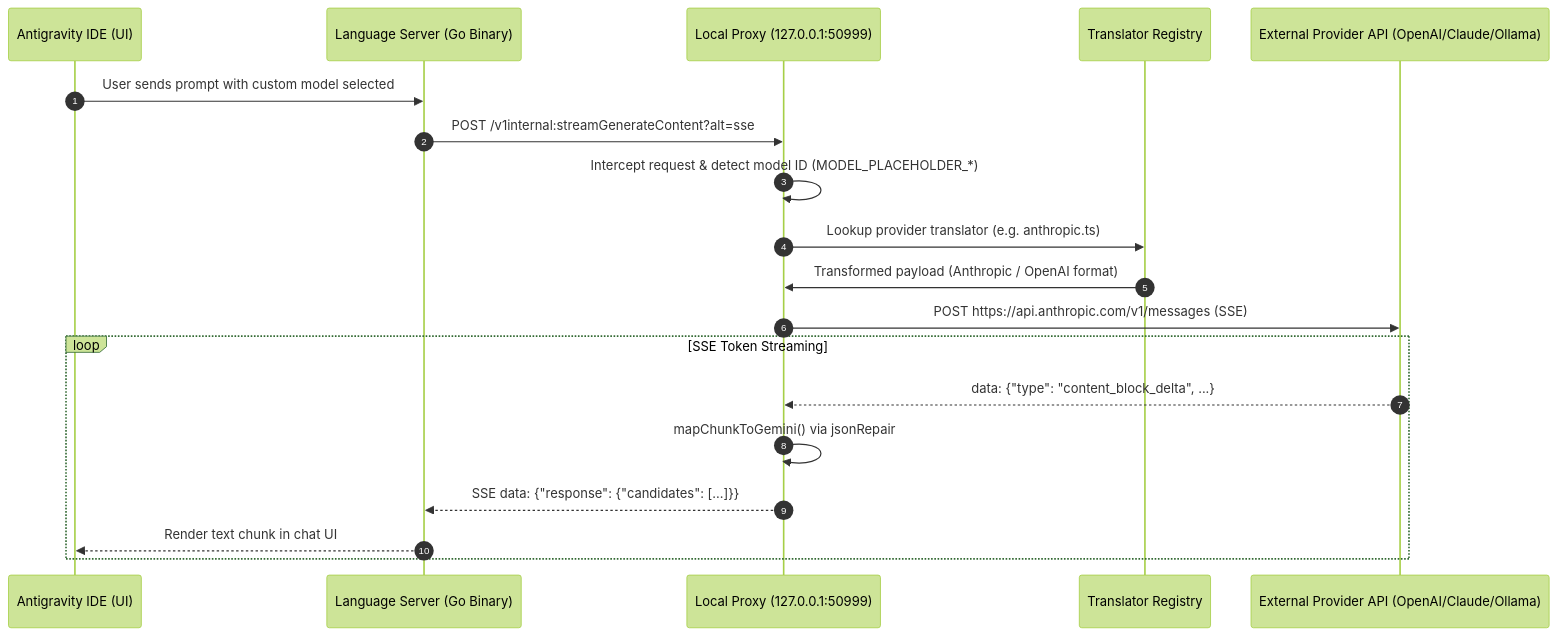
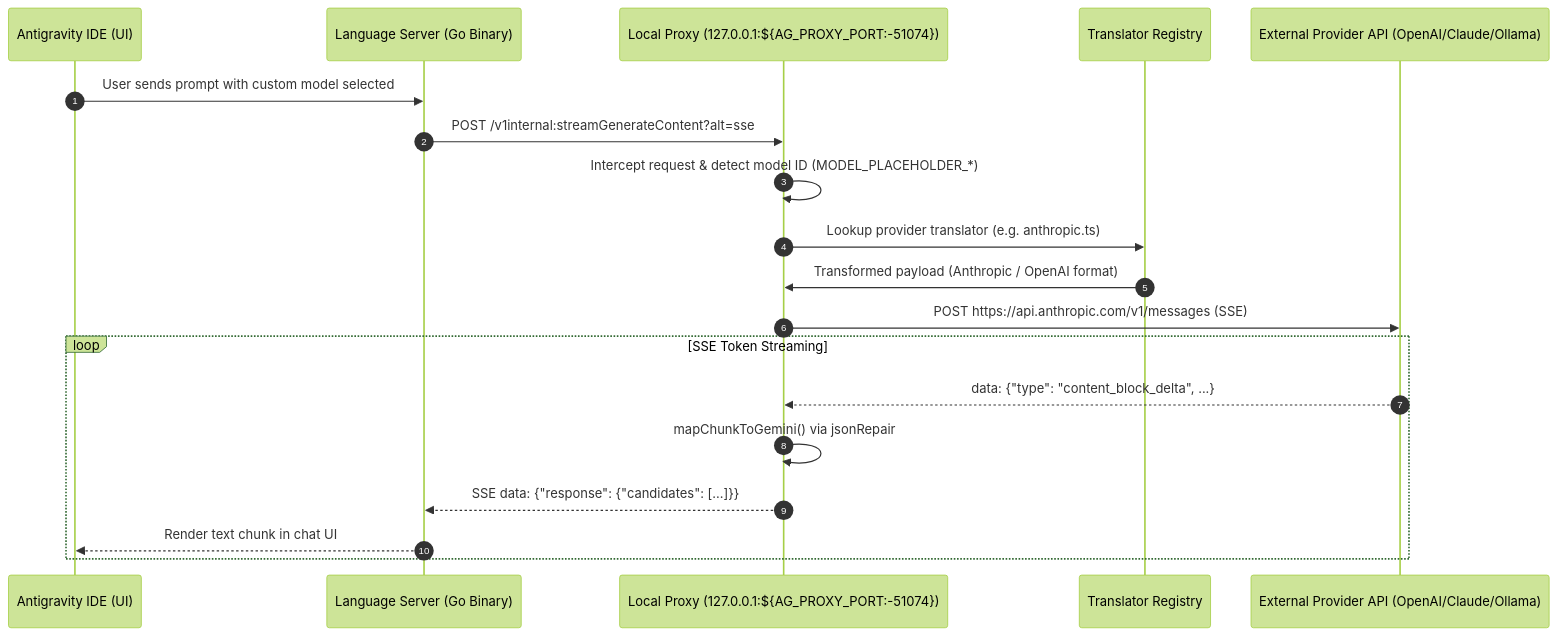
Before and after one commit to Aminetwiti/antigravity-patch-proxy: the diagram in README.md, drawn with Mermaid (forest theme). The commit also changed other lines of this file and 79 other files, not shown here.

First line of the commit message:
refactor(proxy)!: replace hardcoded port 50999 with configurable AG_PROXY_PORT

````diff
--- a/README.md
+++ b/README.md
@@ -111,22 +111,22 @@
 ```mermaid
 sequenceDiagram
     autonumber
     participant IDE as Antigravity IDE (UI)
     participant LS as Language Server (Go Binary)
-    participant Proxy as Local Proxy (127.0.0.1:50999)
+    participant Proxy as Local Proxy (127.0.0.1:${AG_PROXY_PORT:-51074})
     participant Registry as Translator Registry
     participant Ext as External Provider API (OpenAI/Claude/Ollama)
 
     IDE->>LS: User sends prompt with custom model selected
     LS->>Proxy: POST /v1internal:streamGenerateContent?alt=sse
     Proxy->>Proxy: Intercept request & detect model ID (MODEL_PLACEHOLDER_*)
     Proxy->>Registry: Lookup provider translator (e.g. anthropic.ts)
     Registry->>Proxy: Transformed payload (Anthropic / OpenAI format)
     Proxy->>Ext: POST https://api.anthropic.com/v1/messages (SSE)
     loop SSE Token Streaming
         Ext-->>Proxy: data: {"type": "content_block_delta", ...}
         Proxy->>Proxy: mapChunkToGemini() via jsonRepair
         Proxy-->>LS: SSE data: {"response": {"candidates": [...]}}
         LS-->>IDE: Render text chunk in chat UI
     end
 ```
````
